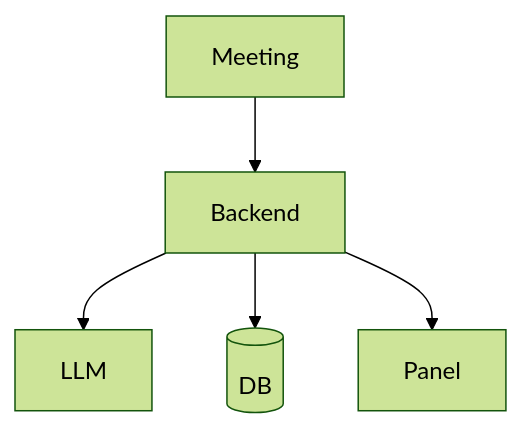
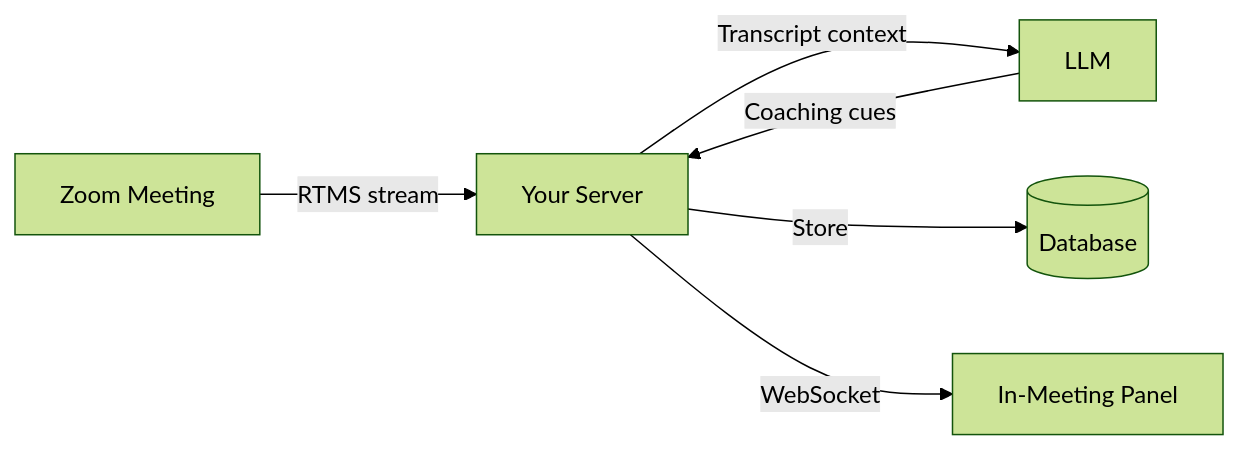
The diagram in blueprints/realtime-sales-coach/index.md (zoom/blueprints), drawn with Mermaid (forest theme) before and after one commit. The commit also changed other lines of this file and 2 other files, not shown here.

Commit message:
Complete realtime-sales-coach blueprint with manifest and images
- Update competitor-intel screenshot (remove white padding for rounded corners)
- Fix image HTML for MDX compatibility (div instead of p)
- Expand manifest.json with full Zoom App configuration
- Adjust image sizing to 640px width

````diff
--- a/blueprints/realtime-sales-coach/index.md
+++ b/blueprints/realtime-sales-coach/index.md
@@ -74,7 +73,8 @@
 ```mermaid
-flowchart TD
-    M[Meeting] --> B[Backend]
-    B --> L[LLM]
-    B --> D[(DB)]
-    B --> P[Panel]
+graph LR
+    A[Zoom Meeting] -->|RTMS stream| B[Your Server]
+    B -->|Transcript context| C[LLM]
+    C -->|Coaching cues| B
+    B -->|Store| D[(Database)]
+    B -->|WebSocket| E[In-Meeting Panel]
 ```
````
